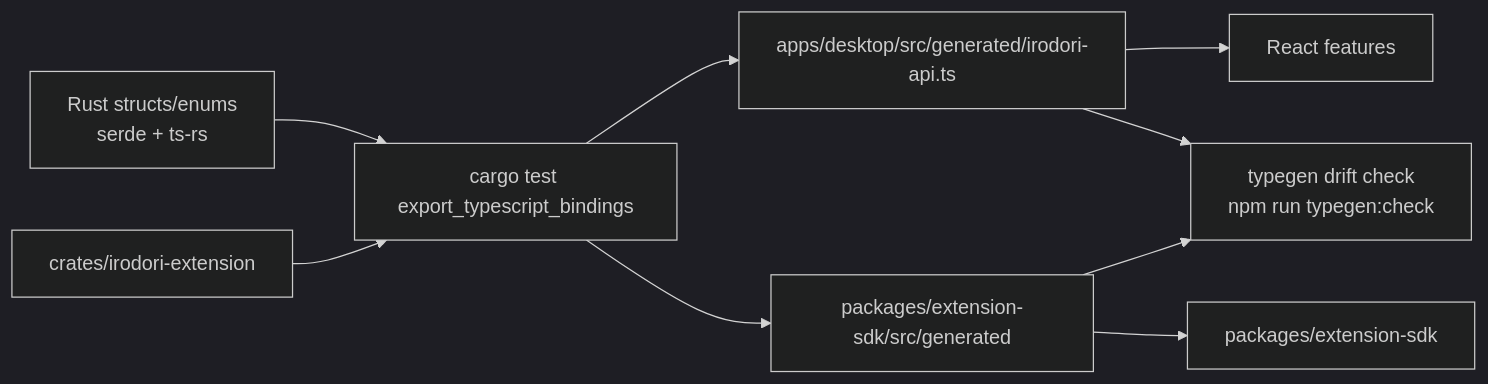
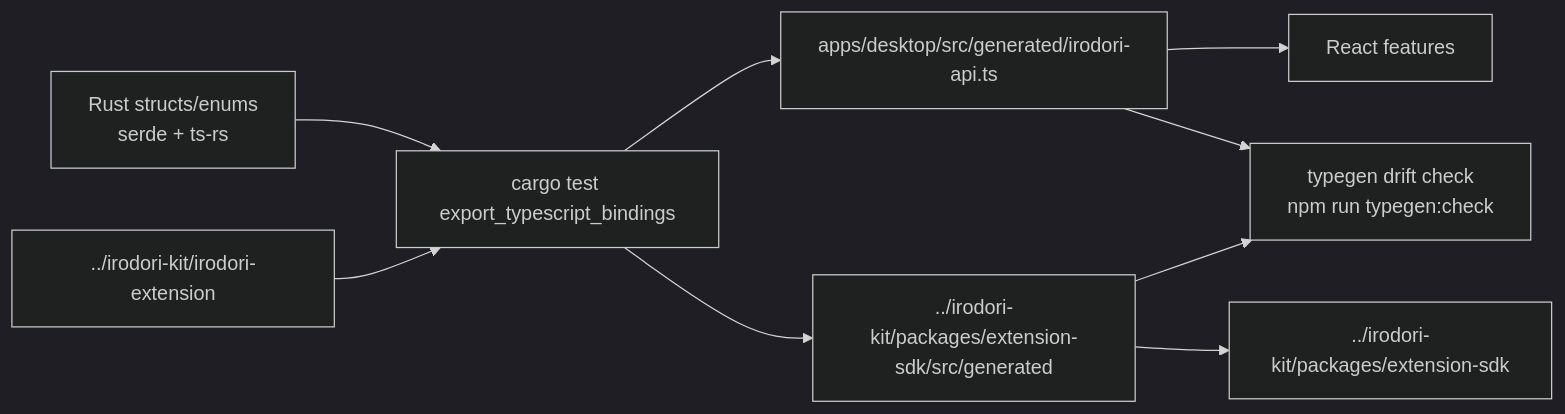
Before and after one commit to hjosugi/irodori-docs: the fourth of 7 diagrams in src/implementation-architecture.md, drawn with Mermaid (dark theme). The commit also changed other lines of this file and 22 other files, not shown here.

````diff
--- a/src/implementation-architecture.md
+++ b/src/implementation-architecture.md
@@ -165,16 +172,16 @@
 ```mermaid
 flowchart LR
   rust["Rust structs/enums<br/>serde + ts-rs"]
   tests["cargo test export_typescript_bindings"]
   generated["apps/desktop/src/generated/irodori-api.ts"]
   ui["React features"]
-  extRust["crates/irodori-extension"]
-  extGenerated["packages/extension-sdk/src/generated"]
-  sdk["packages/extension-sdk"]
+  extRust["../irodori-kit/irodori-extension"]
+  extGenerated["../irodori-kit/packages/extension-sdk/src/generated"]
+  sdk["../irodori-kit/packages/extension-sdk"]
   check["typegen drift check<br/>npm run typegen:check"]
 
   rust --> tests --> generated --> ui
   extRust --> tests --> extGenerated --> sdk
   generated --> check
   extGenerated --> check
 ```
````
